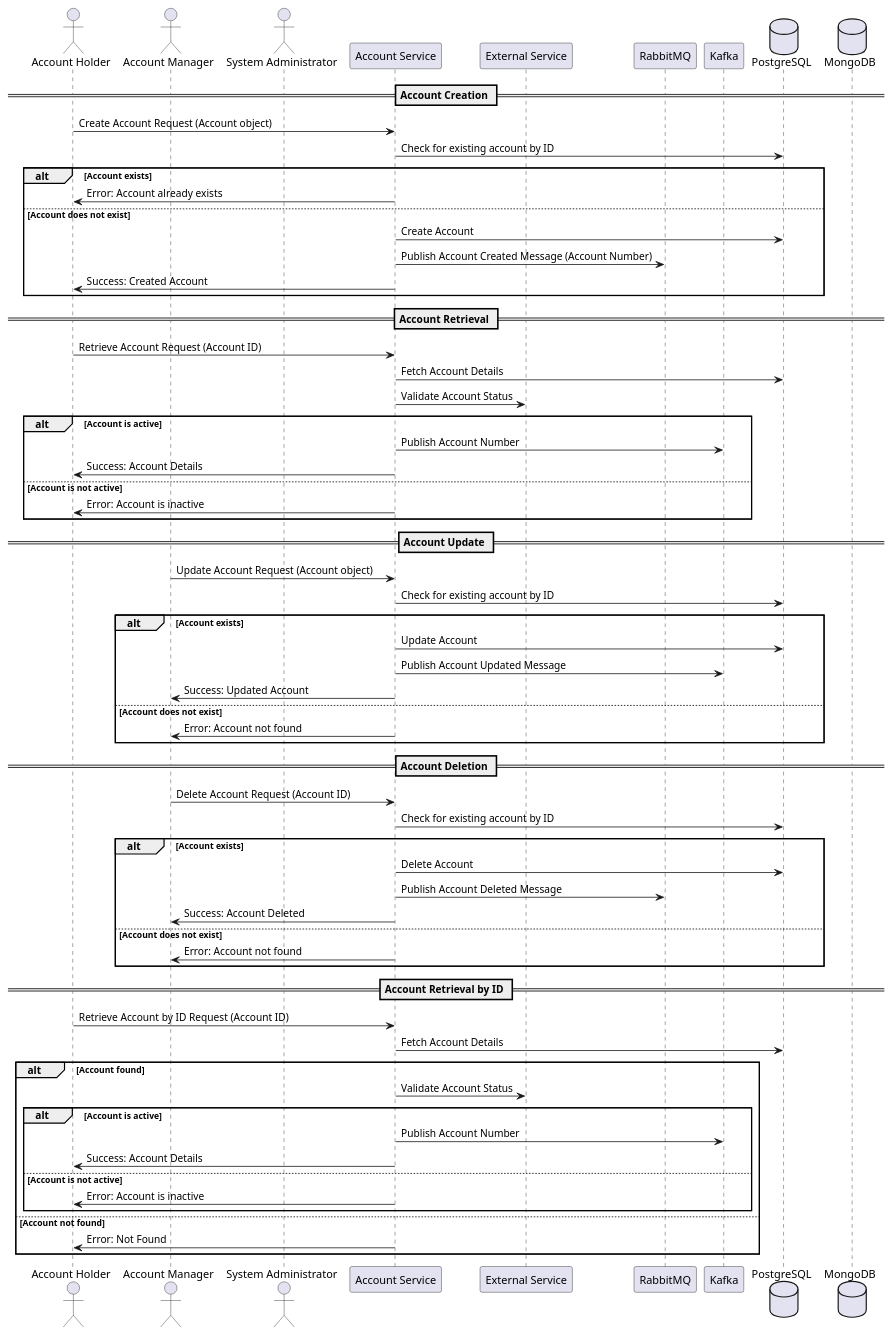
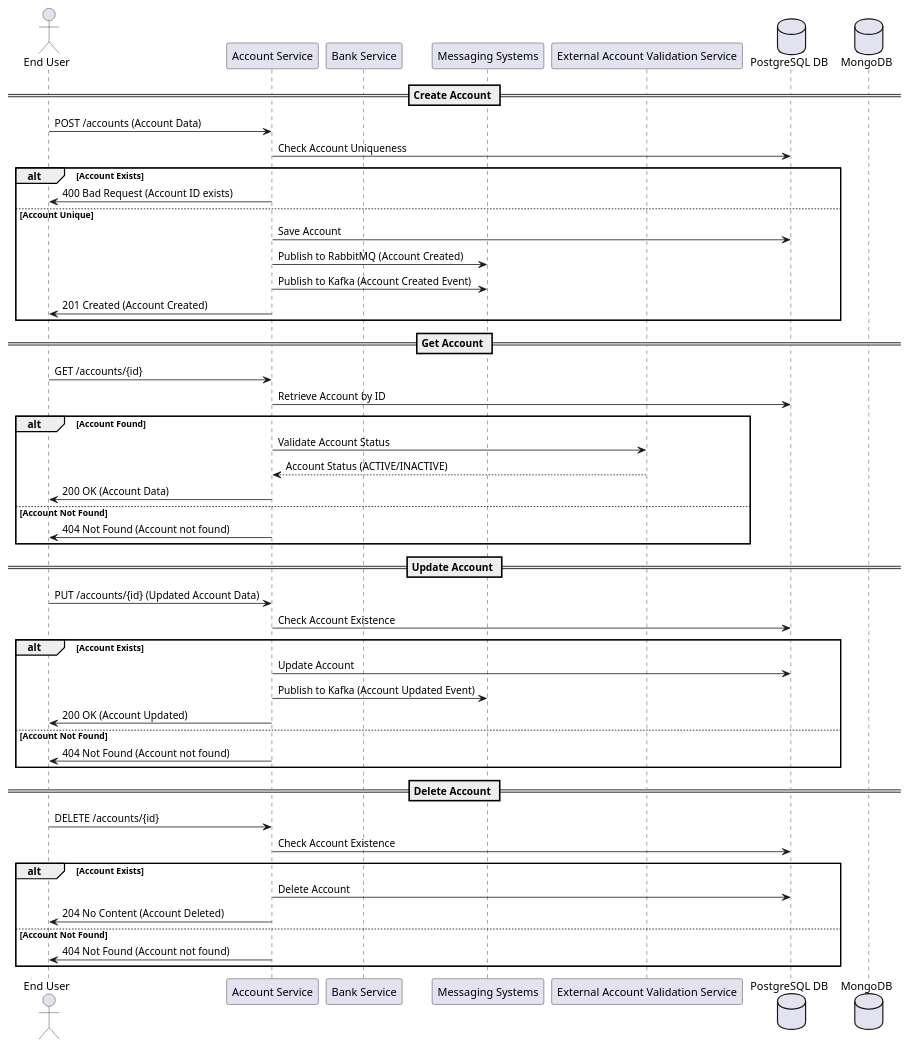
Before and after one commit to Bhaskar-Pavan/AccountService: the diagram in design_document/AccountService.md, drawn with PlantUML. The commit also changed other lines of this file, not shown here.

````diff
--- a/design_document/AccountService.md
+++ b/design_document/AccountService.md
@@ -40,73 +35,57 @@
 ```plantuml
 @startuml
-actor "Account Holder" as AH
-actor "Account Manager" as AM
-actor "System Administrator" as SA
-participant "Account Service" as AS
-participant "External Service" as ES
-participant "RabbitMQ" as RMQ
-participant "Kafka" as KAFKA
-database "PostgreSQL" as PG
-database "MongoDB" as MDB
 
-== Account Creation ==
-AH -> AS: Create Account Request (Account object)
-AS -> PG: Check for existing account by ID
-alt Account exists
-    AS -> AH: Error: Account already exists
-else Account does not exist
-    AS -> PG: Create Account
-    AS -> RMQ: Publish Account Created Message (Account Number)
-    AS -> AH: Success: Created Account
+actor "End User" as User
+participant "Account Service" as AccountService
+participant "Bank Service" as BankService
+participant "Messaging Systems" as MessagingSystems
+participant "External Account Validation Service" as ValidationService
+database "PostgreSQL DB" as PostgreSQL
+database "MongoDB" as MongoDB
+
+== Create Account ==
+User -> AccountService: POST /accounts (Account Data)
+AccountService -> PostgreSQL: Check Account Uniqueness
+alt Account Exists
+    AccountService -> User: 400 Bad Request (Account ID exists)
+else Account Unique
+    AccountService -> PostgreSQL: Save Account
+    AccountService -> MessagingSystems: Publish to RabbitMQ (Account Created)
+    AccountService -> MessagingSystems: Publish to Kafka (Account Created Event)
+    AccountService -> User: 201 Created (Account Created)
 end
 
-== Account Retrieval ==
-AH -> AS: Retrieve Account Request (Account ID)
-AS -> PG: Fetch Account Details
-AS -> ES: Validate Account Status
-alt Account is active
-    AS -> KAFKA: Publish Account Number
-    AS -> AH: Success: Account Details
-else Account is not active
-    AS -> AH: Error: Account is inactive
+== Get Account ==
+User -> AccountService: GET /accounts/{id}
+AccountService -> PostgreSQL: Retrieve Account by ID
+alt Account Found
+    AccountService -> ValidationService: Validate Account Status
+    ValidationService --> AccountService: Account Status (ACTIVE/INACTIVE)
+    AccountService -> User: 200 OK (Account Data)
+else Account Not Found
+    AccountService -> User: 404 Not Found (Account not found)
 end
 
-== Account Update ==
-AM -> AS: Update Account Request (Account object)
-AS -> PG: Check for existing account by ID
-alt Account exists
-    AS -> PG: Update Account
-    AS -> KAFKA: Publish Account Updated Message
-    AS -> AM: Success: Updated Account
-else Account does not exist
-    AS -> AM: Error: Account not found
+== Update Account ==
+User -> AccountService: PUT /accounts/{id} (Updated Account Data)
+AccountService -> PostgreSQL: Check Account Existence
+alt Account Exists
+    AccountService -> PostgreSQL: Update Account
+    AccountService -> MessagingSystems: Publish to Kafka (Account Updated Event)
+    AccountService -> User: 200 OK (Account Updated)
+else Account Not Found
+    AccountService -> User: 404 Not Found (Account not found)
 end
 
-== Account Deletion ==
-AM -> AS: Delete Account Request (Account ID)
-AS -> PG: Check for existing account by ID
-alt Account exists
-    AS -> PG: Delete Account
-    AS -> RMQ: Publish Account Deleted Message
-    AS -> AM: Success: Account Deleted
-else Account does not exist
-    AS -> AM: Error: Account not found
-end
-
-== Account Retrieval by ID ==
-AH -> AS: Retrieve Account by ID Request (Account ID)
-AS -> PG: Fetch Account Details
-alt Account found
-    AS -> ES: Validate Account Status
-    alt Account is active
-        AS -> KAFKA: Publish Account Number
-        AS -> AH: Success: Account Details
-    else Account is not active
-        AS -> AH: Error: Account is inactive
-    end
-else Account not found
-    AS -> AH: Error: Not Found
+== Delete Account ==
+User -> AccountService: DELETE /accounts/{id}
+AccountService -> PostgreSQL: Check Account Existence
+alt Account Exists
+    AccountService -> PostgreSQL: Delete Account
+    AccountService -> User: 204 No Content (Account Deleted)
+else Account Not Found
+    AccountService -> User: 404 Not Found (Account not found)
 end
 
 @enduml
 ```
````
